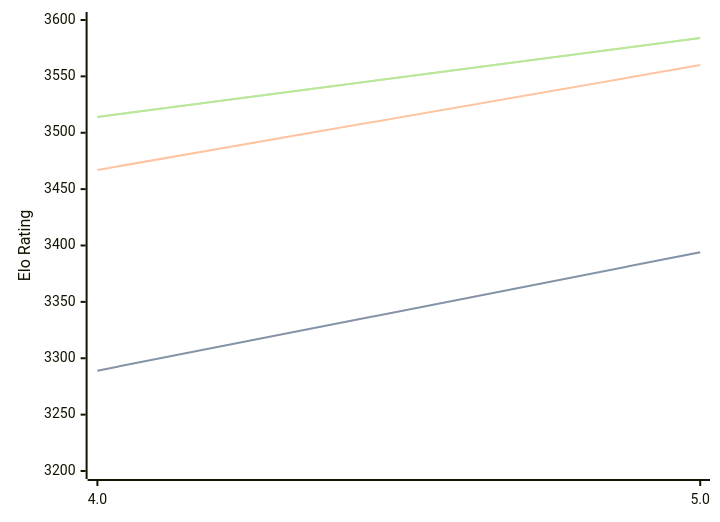
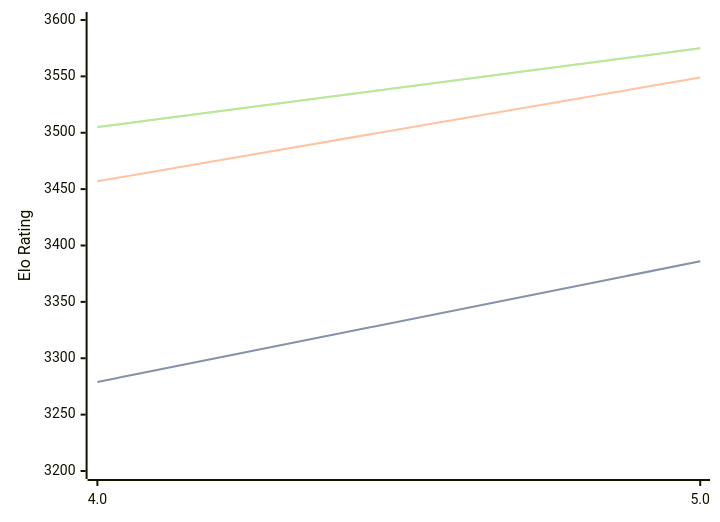
Before and after one commit to computer-chess-index/cci: the diagram in engines/Tarnished.md, drawn with Mermaid. The commit also changed other lines of this file, not shown here.

Commit message:
Update CCI Ratings (ELO VLTC) - 2026-03-19

````diff
--- a/engines/Tarnished.md
+++ b/engines/Tarnished.md
@@ -34,11 +34,11 @@
 ```mermaid
 %%{init: {"theme":"base","themeVariables":{"seriesColors:['#a3a3a3','#222221','#faa371']}}}%%
 xychart-beta
   x-axis ["4.0", "5.0"]
   y-axis "Elo Rating" 3200 --> 3600
-  line "STC (8.0+0.08s)" [3289, 3394]
-  line "STC (8.0+0.08s)" [3289, 3394]
-  line "LTC (60.0+0.60s)" [3467, 3560]
-  line "VLTC (2m24s+1.12s)" [3514, 3584]
-  line "VLTC (2m24s+1.12s)" [3514, 3584]
+  line "STC (8.0+0.08s)" [3279, 3386]
+  line "STC (8.0+0.08s)" [3279, 3386]
+  line "LTC (60.0+0.60s)" [3457, 3549]
+  line "VLTC (2m24s+1.12s)" [3505, 3575]
+  line "VLTC (2m24s+1.12s)" [3505, 3575]
 ```
````
